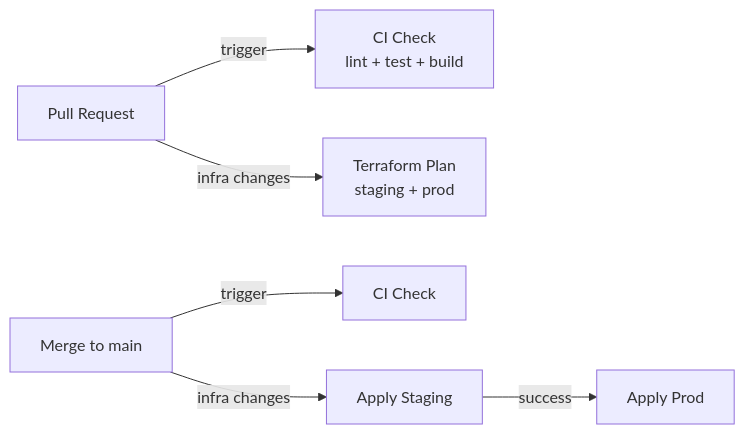
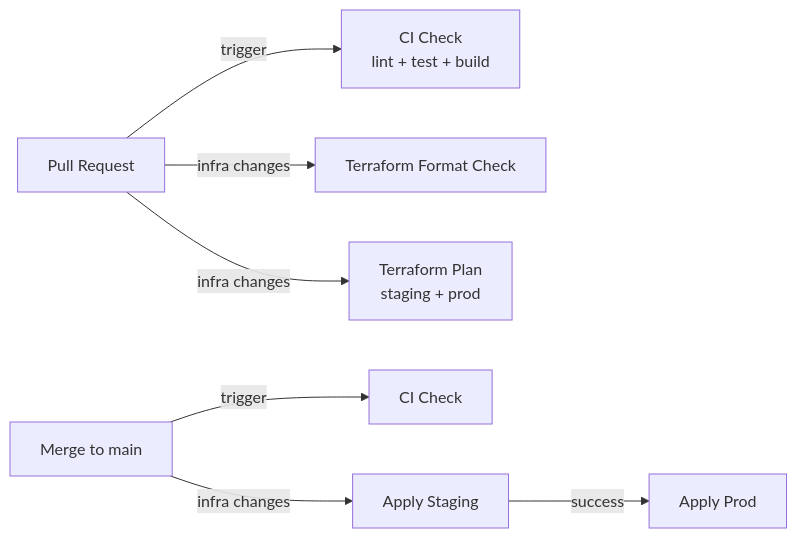
The sixth of 6 diagrams in docs/architecture.md (ammonlarson/greenspace), drawn with Mermaid before and after one commit. The commit also changed other lines of this file and 3 other files, not shown here.

First line of the commit message:
feat(ci): enforce terraform fmt check for internal PRs (#118)

````diff
--- a/docs/architecture.md
+++ b/docs/architecture.md
@@ -350,9 +350,10 @@
 ```mermaid
 graph LR
     PR[Pull Request] -->|trigger| CI_CHECK[CI Check<br/>lint + test + build]
+    PR -->|infra changes| TF_FMT[Terraform Format Check]
     PR -->|infra changes| TF_PLAN[Terraform Plan<br/>staging + prod]
 
     MERGE[Merge to main] -->|trigger| CI_MAIN[CI Check]
     MERGE -->|infra changes| TF_STAGING[Apply Staging]
     TF_STAGING -->|success| TF_PROD[Apply Prod]
 ```
````
